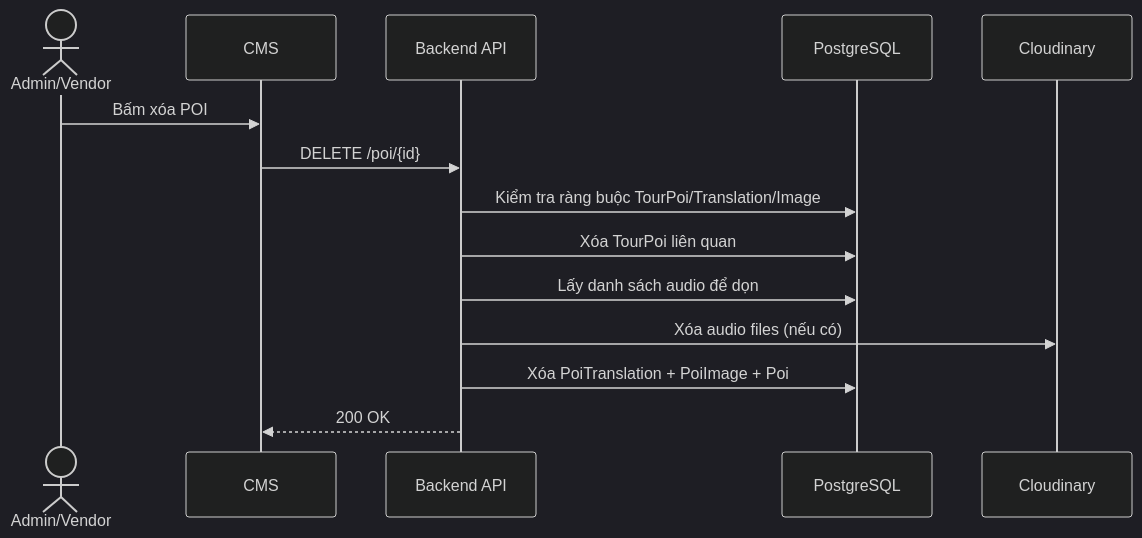
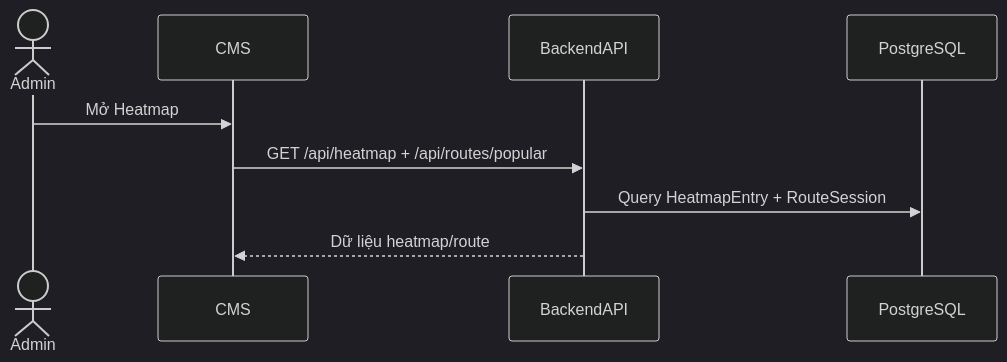
Diagram 15 of 41 in PRD_SmartTour.md (EricHoang28092k5/SmartTour), drawn with Mermaid (dark theme) before and after one commit. The commit also changed other lines of this file, not shown here.

````diff
--- a/PRD_SmartTour.md
+++ b/PRD_SmartTour.md
@@ -708,17 +659,11 @@
 ```mermaid
 sequenceDiagram
-    actor A as Admin/Vendor
+    actor U as Admin
     participant CMS as CMS
-    participant API as Backend API
+    participant API as BackendAPI
     participant DB as PostgreSQL
-    participant CLD as Cloudinary
-
-    A->>CMS: Bấm xóa POI
-    CMS->>API: DELETE /poi/{id}
-    API->>DB: Kiểm tra ràng buộc TourPoi/Translation/Image
-    API->>DB: Xóa TourPoi liên quan
-    API->>DB: Lấy danh sách audio để dọn
-    API->>CLD: Xóa audio files (nếu có)
-    API->>DB: Xóa PoiTranslation + PoiImage + Poi
-    API-->>CMS: 200 OK
+    U->>CMS: Mở Heatmap
+    CMS->>API: GET /api/heatmap + /api/routes/popular
+    API->>DB: Query HeatmapEntry + RouteSession
+    API-->>CMS: Dữ liệu heatmap/route
 ```
````
